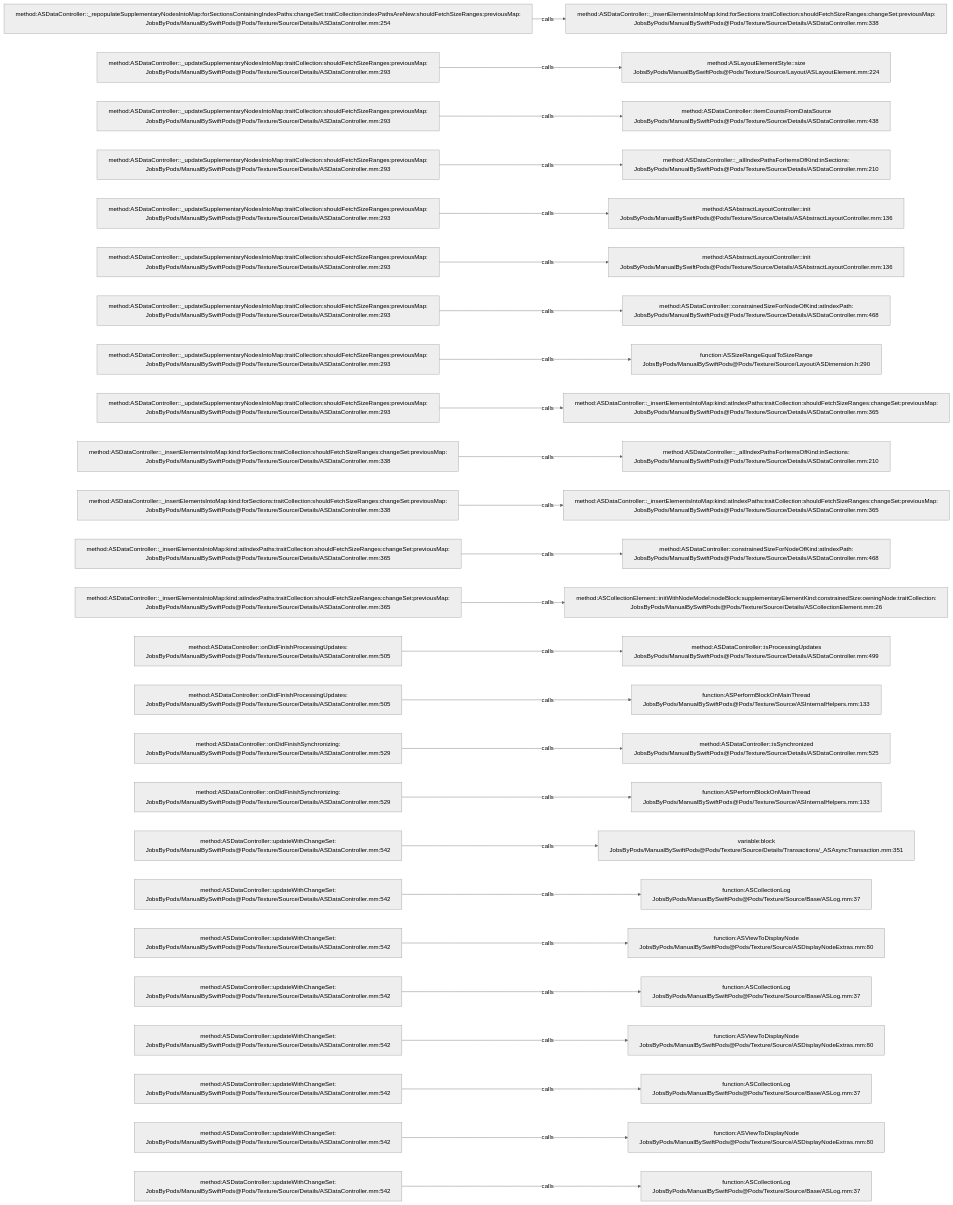
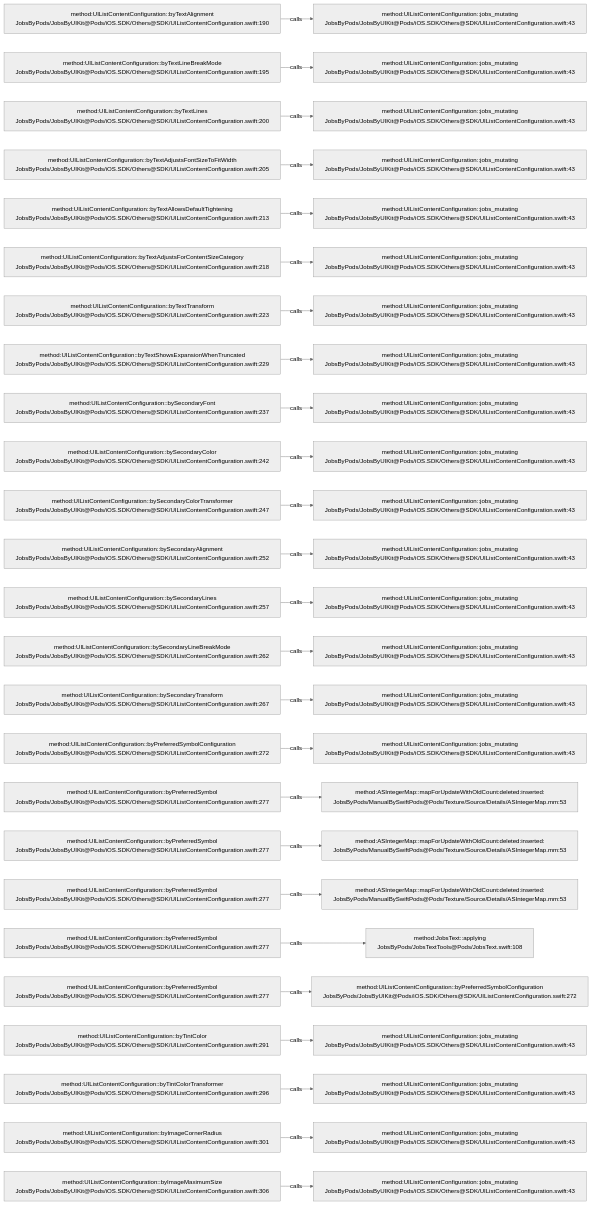
The diagram in .codegraph/codegraph.md/graphs/calls-085.md (JobsKits/JobsSwiftBaseConfigDemo), drawn with Mermaid (neutral theme) before and after one commit. The commit also changed 224 other files, not shown here.

````diff
--- a/.codegraph/codegraph.md/graphs/calls-085.md
+++ b/.codegraph/codegraph.md/graphs/calls-085.md
@@ -13,78 +13,78 @@
 ```mermaid
 flowchart LR
-  S1["method:ASDataController::_repopulateSupplementaryNodesIntoMap:forSectionsContainingIndexPaths:changeSet:traitCollection:indexPathsAreNew:shouldFetchSizeRanges:previousMap:<br/>JobsByPods/ManualBySwiftPods@Pods/Texture/Source/Details/ASDataController.mm:254"]
-  T1["method:ASDataController::_insertElementsIntoMap:kind:forSections:traitCollection:shouldFetchSizeRanges:changeSet:previousMap:<br/>JobsByPods/ManualBySwiftPods@Pods/Texture/Source/Details/ASDataController.mm:338"]
+  S1["method:UIListContentConfiguration::byTextAlignment<br/>JobsByPods/JobsByUIKit@Pods/iOS.SDK/Others@SDK/UIListContentConfiguration.swift:190"]
+  T1["method:UIListContentConfiguration::jobs_mutating<br/>JobsByPods/JobsByUIKit@Pods/iOS.SDK/Others@SDK/UIListContentConfiguration.swift:43"]
   S1 -->|calls| T1
-  S2["method:ASDataController::_updateSupplementaryNodesIntoMap:traitCollection:shouldFetchSizeRanges:previousMap:<br/>JobsByPods/ManualBySwiftPods@Pods/Texture/Source/Details/ASDataController.mm:293"]
-  T2["method:ASLayoutElementStyle::size<br/>JobsByPods/ManualBySwiftPods@Pods/Texture/Source/Layout/ASLayoutElement.mm:224"]
+  S2["method:UIListContentConfiguration::byTextLineBreakMode<br/>JobsByPods/JobsByUIKit@Pods/iOS.SDK/Others@SDK/UIListContentConfiguration.swift:195"]
+  T2["method:UIListContentConfiguration::jobs_mutating<br/>JobsByPods/JobsByUIKit@Pods/iOS.SDK/Others@SDK/UIListContentConfiguration.swift:43"]
   S2 -->|calls| T2
-  S3["method:ASDataController::_updateSupplementaryNodesIntoMap:traitCollection:shouldFetchSizeRanges:previousMap:<br/>JobsByPods/ManualBySwiftPods@Pods/Texture/Source/Details/ASDataController.mm:293"]
-  T3["method:ASDataController::itemCountsFromDataSource<br/>JobsByPods/ManualBySwiftPods@Pods/Texture/Source/Details/ASDataController.mm:438"]
+  S3["method:UIListContentConfiguration::byTextLines<br/>JobsByPods/JobsByUIKit@Pods/iOS.SDK/Others@SDK/UIListContentConfiguration.swift:200"]
+  T3["method:UIListContentConfiguration::jobs_mutating<br/>JobsByPods/JobsByUIKit@Pods/iOS.SDK/Others@SDK/UIListContentConfiguration.swift:43"]
   S3 -->|calls| T3
-  S4["method:ASDataController::_updateSupplementaryNodesIntoMap:traitCollection:shouldFetchSizeRanges:previousMap:<br/>JobsByPods/ManualBySwiftPods@Pods/Texture/Source/Details/ASDataController.mm:293"]
-  T4["method:ASDataController::_allIndexPathsForItemsOfKind:inSections:<br/>JobsByPods/ManualBySwiftPods@Pods/Texture/Source/Details/ASDataController.mm:210"]
+  S4["method:UIListContentConfiguration::byTextAdjustsFontSizeToFitWidth<br/>JobsByPods/JobsByUIKit@Pods/iOS.SDK/Others@SDK/UIListContentConfiguration.swift:205"]
+  T4["method:UIListContentConfiguration::jobs_mutating<br/>JobsByPods/JobsByUIKit@Pods/iOS.SDK/Others@SDK/UIListContentConfiguration.swift:43"]
   S4 -->|calls| T4
-  S5["method:ASDataController::_updateSupplementaryNodesIntoMap:traitCollection:shouldFetchSizeRanges:previousMap:<br/>JobsByPods/ManualBySwiftPods@Pods/Texture/Source/Details/ASDataController.mm:293"]
-  T5["method:ASAbstractLayoutController::init<br/>JobsByPods/ManualBySwiftPods@Pods/Texture/Source/Details/ASAbstractLayoutController.mm:136"]
+  S5["method:UIListContentConfiguration::byTextAllowsDefaultTightening<br/>JobsByPods/JobsByUIKit@Pods/iOS.SDK/Others@SDK/UIListContentConfiguration.swift:213"]
+  T5["method:UIListContentConfiguration::jobs_mutating<br/>JobsByPods/JobsByUIKit@Pods/iOS.SDK/Others@SDK/UIListContentConfiguration.swift:43"]
   S5 -->|calls| T5
-  S6["method:ASDataController::_updateSupplementaryNodesIntoMap:traitCollection:shouldFetchSizeRanges:previousMap:<br/>JobsByPods/ManualBySwiftPods@Pods/Texture/Source/Details/ASDataController.mm:293"]
-  T6["method:ASAbstractLayoutController::init<br/>JobsByPods/ManualBySwiftPods@Pods/Texture/Source/Details/ASAbstractLayoutController.mm:136"]
+  S6["method:UIListContentConfiguration::byTextAdjustsForContentSizeCategory<br/>JobsByPods/JobsByUIKit@Pods/iOS.SDK/Others@SDK/UIListContentConfiguration.swift:218"]
+  T6["method:UIListContentConfiguration::jobs_mutating<br/>JobsByPods/JobsByUIKit@Pods/iOS.SDK/Others@SDK/UIListContentConfiguration.swift:43"]
   S6 -->|calls| T6
-  S7["method:ASDataController::_updateSupplementaryNodesIntoMap:traitCollection:shouldFetchSizeRanges:previousMap:<br/>JobsByPods/ManualBySwiftPods@Pods/Texture/Source/Details/ASDataController.mm:293"]
-  T7["method:ASDataController::constrainedSizeForNodeOfKind:atIndexPath:<br/>JobsByPods/ManualBySwiftPods@Pods/Texture/Source/Details/ASDataController.mm:468"]
+  S7["method:UIListContentConfiguration::byTextTransform<br/>JobsByPods/JobsByUIKit@Pods/iOS.SDK/Others@SDK/UIListContentConfiguration.swift:223"]
+  T7["method:UIListContentConfiguration::jobs_mutating<br/>JobsByPods/JobsByUIKit@Pods/iOS.SDK/Others@SDK/UIListContentConfiguration.swift:43"]
   S7 -->|calls| T7
-  S8["method:ASDataController::_updateSupplementaryNodesIntoMap:traitCollection:shouldFetchSizeRanges:previousMap:<br/>JobsByPods/ManualBySwiftPods@Pods/Texture/Source/Details/ASDataController.mm:293"]
-  T8["function:ASSizeRangeEqualToSizeRange<br/>JobsByPods/ManualBySwiftPods@Pods/Texture/Source/Layout/ASDimension.h:290"]
+  S8["method:UIListContentConfiguration::byTextShowsExpansionWhenTruncated<br/>JobsByPods/JobsByUIKit@Pods/iOS.SDK/Others@SDK/UIListContentConfiguration.swift:229"]
+  T8["method:UIListContentConfiguration::jobs_mutating<br/>JobsByPods/JobsByUIKit@Pods/iOS.SDK/Others@SDK/UIListContentConfiguration.swift:43"]
   S8 -->|calls| T8
-  S9["method:ASDataController::_updateSupplementaryNodesIntoMap:traitCollection:shouldFetchSizeRanges:previousMap:<br/>JobsByPods/ManualBySwiftPods@Pods/Texture/Source/Details/ASDataController.mm:293"]
-  T9["method:ASDataController::_insertElementsIntoMap:kind:atIndexPaths:traitCollection:shouldFetchSizeRanges:changeSet:previousMap:<br/>JobsByPods/ManualBySwiftPods@Pods/Texture/Source/Details/ASDataController.mm:365"]
+  S9["method:UIListContentConfiguration::bySecondaryFont<br/>JobsByPods/JobsByUIKit@Pods/iOS.SDK/Others@SDK/UIListContentConfiguration.swift:237"]
+  T9["method:UIListContentConfiguration::jobs_mutating<br/>JobsByPods/JobsByUIKit@Pods/iOS.SDK/Others@SDK/UIListContentConfiguration.swift:43"]
   S9 -->|calls| T9
-  S10["method:ASDataController::_insertElementsIntoMap:kind:forSections:traitCollection:shouldFetchSizeRanges:changeSet:previousMap:<br/>JobsByPods/ManualBySwiftPods@Pods/Texture/Source/Details/ASDataController.mm:338"]
-  T10["method:ASDataController::_allIndexPathsForItemsOfKind:inSections:<br/>JobsByPods/ManualBySwiftPods@Pods/Texture/Source/Details/ASDataController.mm:210"]
+  S10["method:UIListContentConfiguration::bySecondaryColor<br/>JobsByPods/JobsByUIKit@Pods/iOS.SDK/Others@SDK/UIListContentConfiguration.swift:242"]
+  T10["method:UIListContentConfiguration::jobs_mutating<br/>JobsByPods/JobsByUIKit@Pods/iOS.SDK/Others@SDK/UIListContentConfiguration.swift:43"]
   S10 -->|calls| T10
-  S11["method:ASDataController::_insertElementsIntoMap:kind:forSections:traitCollection:shouldFetchSizeRanges:changeSet:previousMap:<br/>JobsByPods/ManualBySwiftPods@Pods/Texture/Source/Details/ASDataController.mm:338"]
-  T11["method:ASDataController::_insertElementsIntoMap:kind:atIndexPaths:traitCollection:shouldFetchSizeRanges:changeSet:previousMap:<br/>JobsByPods/ManualBySwiftPods@Pods/Texture/Source/Details/ASDataController.mm:365"]
+  S11["method:UIListContentConfiguration::bySecondaryColorTransformer<br/>JobsByPods/JobsByUIKit@Pods/iOS.SDK/Others@SDK/UIListContentConfiguration.swift:247"]
+  T11["method:UIListContentConfiguration::jobs_mutating<br/>JobsByPods/JobsByUIKit@Pods/iOS.SDK/Others@SDK/UIListContentConfiguration.swift:43"]
   S11 -->|calls| T11
-  S12["method:ASDataController::_insertElementsIntoMap:kind:atIndexPaths:traitCollection:shouldFetchSizeRanges:changeSet:previousMap:<br/>JobsByPods/ManualBySwiftPods@Pods/Texture/Source/Details/ASDataController.mm:365"]
-  T12["method:ASDataController::constrainedSizeForNodeOfKind:atIndexPath:<br/>JobsByPods/ManualBySwiftPods@Pods/Texture/Source/Details/ASDataController.mm:468"]
+  S12["method:UIListContentConfiguration::bySecondaryAlignment<br/>JobsByPods/JobsByUIKit@Pods/iOS.SDK/Others@SDK/UIListContentConfiguration.swift:252"]
+  T12["method:UIListContentConfiguration::jobs_mutating<br/>JobsByPods/JobsByUIKit@Pods/iOS.SDK/Others@SDK/UIListContentConfiguration.swift:43"]
   S12 -->|calls| T12
-  S13["method:ASDataController::_insertElementsIntoMap:kind:atIndexPaths:traitCollection:shouldFetchSizeRanges:changeSet:previousMap:<br/>JobsByPods/ManualBySwiftPods@Pods/Texture/Source/Details/ASDataController.mm:365"]
-  T13["method:ASCollectionElement::initWithNodeModel:nodeBlock:supplementaryElementKind:constrainedSize:owningNode:traitCollection:<br/>JobsByPods/ManualBySwiftPods@Pods/Texture/Source/Details/ASCollectionElement.mm:26"]
+  S13["method:UIListContentConfiguration::bySecondaryLines<br/>JobsByPods/JobsByUIKit@Pods/iOS.SDK/Others@SDK/UIListContentConfiguration.swift:257"]
+  T13["method:UIListContentConfiguration::jobs_mutating<br/>JobsByPods/JobsByUIKit@Pods/iOS.SDK/Others@SDK/UIListContentConfiguration.swift:43"]
   S13 -->|calls| T13
-  S14["method:ASDataController::onDidFinishProcessingUpdates:<br/>JobsByPods/ManualBySwiftPods@Pods/Texture/Source/Details/ASDataController.mm:505"]
-  T14["method:ASDataController::isProcessingUpdates<br/>JobsByPods/ManualBySwiftPods@Pods/Texture/Source/Details/ASDataController.mm:499"]
+  S14["method:UIListContentConfiguration::bySecondaryLineBreakMode<br/>JobsByPods/JobsByUIKit@Pods/iOS.SDK/Others@SDK/UIListContentConfiguration.swift:262"]
+  T14["method:UIListContentConfiguration::jobs_mutating<br/>JobsByPods/JobsByUIKit@Pods/iOS.SDK/Others@SDK/UIListContentConfiguration.swift:43"]
   S14 -->|calls| T14
-  S15["method:ASDataController::onDidFinishProcessingUpdates:<br/>JobsByPods/ManualBySwiftPods@Pods/Texture/Source/Details/ASDataController.mm:505"]
-  T15["function:ASPerformBlockOnMainThread<br/>JobsByPods/ManualBySwiftPods@Pods/Texture/Source/ASInternalHelpers.mm:133"]
+  S15["method:UIListContentConfiguration::bySecondaryTransform<br/>JobsByPods/JobsByUIKit@Pods/iOS.SDK/Others@SDK/UIListContentConfiguration.swift:267"]
+  T15["method:UIListContentConfiguration::jobs_mutating<br/>JobsByPods/JobsByUIKit@Pods/iOS.SDK/Others@SDK/UIListContentConfiguration.swift:43"]
   S15 -->|calls| T15
-  S16["method:ASDataController::onDidFinishSynchronizing:<br/>JobsByPods/ManualBySwiftPods@Pods/Texture/Source/Details/ASDataController.mm:529"]
-  T16["method:ASDataController::isSynchronized<br/>JobsByPods/ManualBySwiftPods@Pods/Texture/Source/Details/ASDataController.mm:525"]
+  S16["method:UIListContentConfiguration::byPreferredSymbolConfiguration<br/>JobsByPods/JobsByUIKit@Pods/iOS.SDK/Others@SDK/UIListContentConfiguration.swift:272"]
+  T16["method:UIListContentConfiguration::jobs_mutating<br/>JobsByPods/JobsByUIKit@Pods/iOS.SDK/Others@SDK/UIListContentConfiguration.swift:43"]
   S16 -->|calls| T16
-  S17["method:ASDataController::onDidFinishSynchronizing:<br/>JobsByPods/ManualBySwiftPods@Pods/Texture/Source/Details/ASDataController.mm:529"]
-  T17["function:ASPerformBlockOnMainThread<br/>JobsByPods/ManualBySwiftPods@Pods/Texture/Source/ASInternalHelpers.mm:133"]
+  S17["method:UIListContentConfiguration::byPreferredSymbol<br/>JobsByPods/JobsByUIKit@Pods/iOS.SDK/Others@SDK/UIListContentConfiguration.swift:277"]
+  T17["method:ASIntegerMap::mapForUpdateWithOldCount:deleted:inserted:<br/>JobsByPods/ManualBySwiftPods@Pods/Texture/Source/Details/ASIntegerMap.mm:53"]
   S17 -->|calls| T17
-  S18["method:ASDataController::updateWithChangeSet:<br/>JobsByPods/ManualBySwiftPods@Pods/Texture/Source/Details/ASDataController.mm:542"]
-  T18["variable:block<br/>JobsByPods/ManualBySwiftPods@Pods/Texture/Source/Details/Transactions/_ASAsyncTransaction.mm:351"]
+  S18["method:UIListContentConfiguration::byPreferredSymbol<br/>JobsByPods/JobsByUIKit@Pods/iOS.SDK/Others@SDK/UIListContentConfiguration.swift:277"]
+  T18["method:ASIntegerMap::mapForUpdateWithOldCount:deleted:inserted:<br/>JobsByPods/ManualBySwiftPods@Pods/Texture/Source/Details/ASIntegerMap.mm:53"]
   S18 -->|calls| T18
-  S19["method:ASDataController::updateWithChangeSet:<br/>JobsByPods/ManualBySwiftPods@Pods/Texture/Source/Details/ASDataController.mm:542"]
-  T19["function:ASCollectionLog<br/>JobsByPods/ManualBySwiftPods@Pods/Texture/Source/Base/ASLog.mm:37"]
+  S19["method:UIListContentConfiguration::byPreferredSymbol<br/>JobsByPods/JobsByUIKit@Pods/iOS.SDK/Others@SDK/UIListContentConfiguration.swift:277"]
+  T19["method:ASIntegerMap::mapForUpdateWithOldCount:deleted:inserted:<br/>JobsByPods/ManualBySwiftPods@Pods/Texture/Source/Details/ASIntegerMap.mm:53"]
   S19 -->|calls| T19
-  S20["method:ASDataController::updateWithChangeSet:<br/>JobsByPods/ManualBySwiftPods@Pods/Texture/Source/Details/ASDataController.mm:542"]
-  T20["function:ASViewToDisplayNode<br/>JobsByPods/ManualBySwiftPods@Pods/Texture/Source/ASDisplayNodeExtras.mm:80"]
+  S20["method:UIListContentConfiguration::byPreferredSymbol<br/>JobsByPods/JobsByUIKit@Pods/iOS.SDK/Others@SDK/UIListContentConfiguration.swift:277"]
+  T20["method:JobsText::applying<br/>JobsByPods/JobsTextTools@Pods/JobsText.swift:108"]
   S20 -->|calls| T20
-  S21["method:ASDataController::updateWithChangeSet:<br/>JobsByPods/ManualBySwiftPods@Pods/Texture/Source/Details/ASDataController.mm:542"]
-  T21["function:ASCollectionLog<br/>JobsByPods/ManualBySwiftPods@Pods/Texture/Source/Base/ASLog.mm:37"]
+  S21["method:UIListContentConfiguration::byPreferredSymbol<br/>JobsByPods/JobsByUIKit@Pods/iOS.SDK/Others@SDK/UIListContentConfiguration.swift:277"]
+  T21["method:UIListContentConfiguration::byPreferredSymbolConfiguration<br/>JobsByPods/JobsByUIKit@Pods/iOS.SDK/Others@SDK/UIListContentConfiguration.swift:272"]
   S21 -->|calls| T21
-  S22["method:ASDataController::updateWithChangeSet:<br/>JobsByPods/ManualBySwiftPods@Pods/Texture/Source/Details/ASDataController.mm:542"]
-  T22["function:ASViewToDisplayNode<br/>JobsByPods/ManualBySwiftPods@Pods/Texture/Source/ASDisplayNodeExtras.mm:80"]
+  S22["method:UIListContentConfiguration::byTintColor<br/>JobsByPods/JobsByUIKit@Pods/iOS.SDK/Others@SDK/UIListContentConfiguration.swift:291"]
+  T22["method:UIListContentConfiguration::jobs_mutating<br/>JobsByPods/JobsByUIKit@Pods/iOS.SDK/Others@SDK/UIListContentConfiguration.swift:43"]
   S22 -->|calls| T22
-  S23["method:ASDataController::updateWithChangeSet:<br/>JobsByPods/ManualBySwiftPods@Pods/Texture/Source/Details/ASDataController.mm:542"]
-  T23["function:ASCollectionLog<br/>JobsByPods/ManualBySwiftPods@Pods/Texture/Source/Base/ASLog.mm:37"]
+  S23["method:UIListContentConfiguration::byTintColorTransformer<br/>JobsByPods/JobsByUIKit@Pods/iOS.SDK/Others@SDK/UIListContentConfiguration.swift:296"]
+  T23["method:UIListContentConfiguration::jobs_mutating<br/>JobsByPods/JobsByUIKit@Pods/iOS.SDK/Others@SDK/UIListContentConfiguration.swift:43"]
   S23 -->|calls| T23
-  S24["method:ASDataController::updateWithChangeSet:<br/>JobsByPods/ManualBySwiftPods@Pods/Texture/Source/Details/ASDataController.mm:542"]
-  T24["function:ASViewToDisplayNode<br/>JobsByPods/ManualBySwiftPods@Pods/Texture/Source/ASDisplayNodeExtras.mm:80"]
+  S24["method:UIListContentConfiguration::byImageCornerRadius<br/>JobsByPods/JobsByUIKit@Pods/iOS.SDK/Others@SDK/UIListContentConfiguration.swift:301"]
+  T24["method:UIListContentConfiguration::jobs_mutating<br/>JobsByPods/JobsByUIKit@Pods/iOS.SDK/Others@SDK/UIListContentConfiguration.swift:43"]
   S24 -->|calls| T24
-  S25["method:ASDataController::updateWithChangeSet:<br/>JobsByPods/ManualBySwiftPods@Pods/Texture/Source/Details/ASDataController.mm:542"]
-  T25["function:ASCollectionLog<br/>JobsByPods/ManualBySwiftPods@Pods/Texture/Source/Base/ASLog.mm:37"]
+  S25["method:UIListContentConfiguration::byImageMaximumSize<br/>JobsByPods/JobsByUIKit@Pods/iOS.SDK/Others@SDK/UIListContentConfiguration.swift:306"]
+  T25["method:UIListContentConfiguration::jobs_mutating<br/>JobsByPods/JobsByUIKit@Pods/iOS.SDK/Others@SDK/UIListContentConfiguration.swift:43"]
   S25 -->|calls| T25
 ```
````
